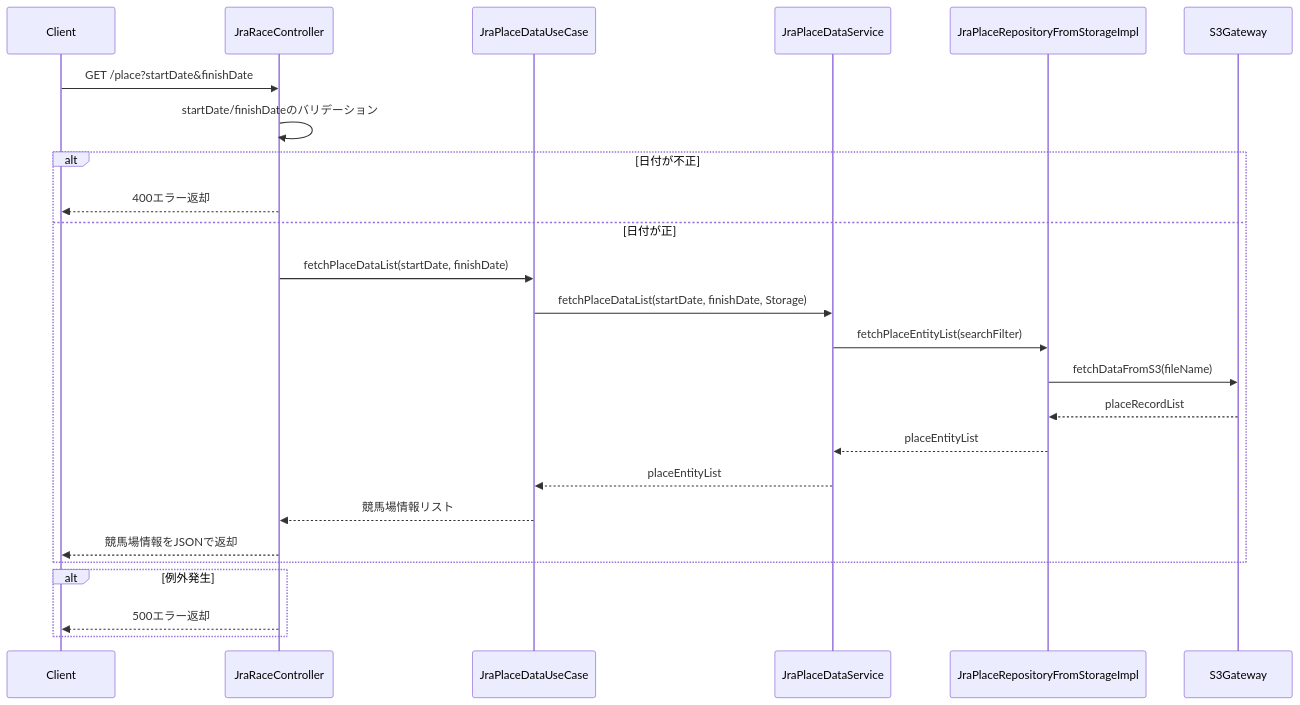
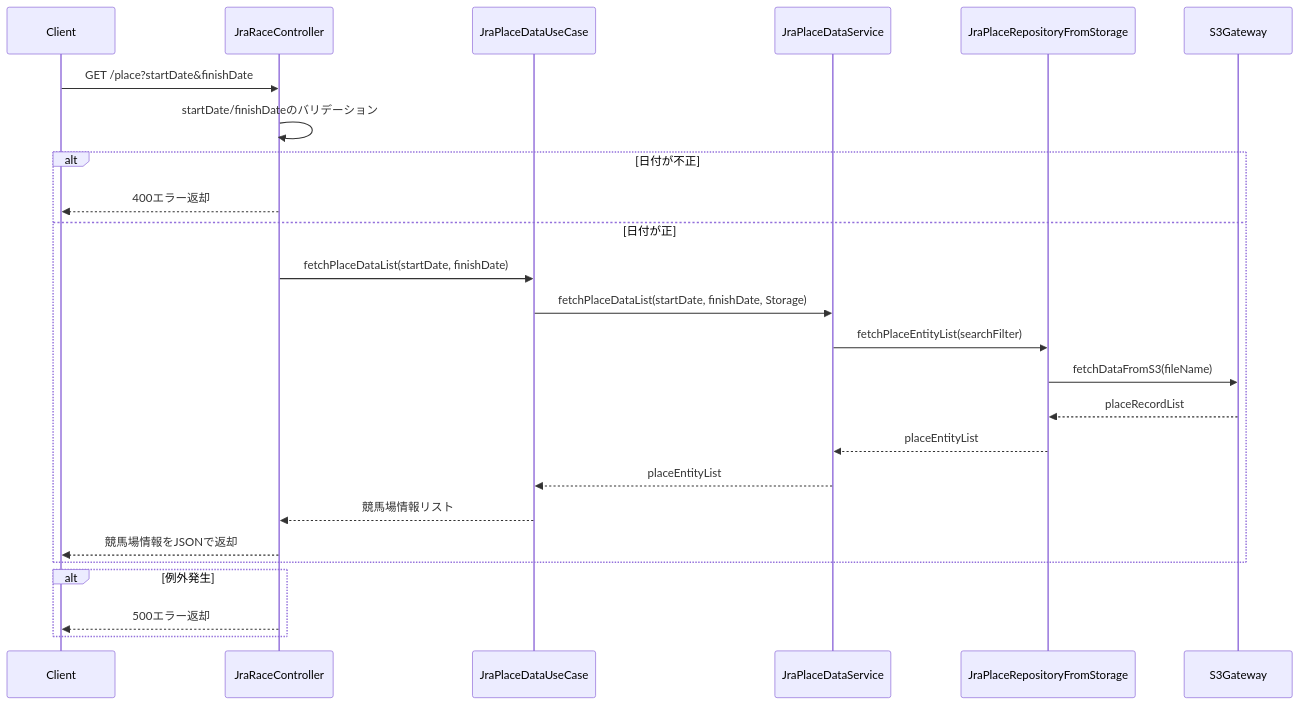
Before and after one commit to taichi6930/race-schedule-api: the diagram in document/detail-design/sequence/jra/getPlaceDataList.md, drawn with Mermaid. The commit also changed 89 other files, not shown here.

````diff
--- a/document/detail-design/sequence/jra/getPlaceDataList.md
+++ b/document/detail-design/sequence/jra/getPlaceDataList.md
@@ -3,28 +3,28 @@
 ```mermaid
 sequenceDiagram
     participant Client
     participant JraRaceController
     participant JraPlaceDataUseCase
     participant JraPlaceDataService
-    participant JraPlaceRepositoryFromStorageImpl
+    participant JraPlaceRepositoryFromStorage
     participant S3Gateway
 
     Client->>JraRaceController: GET /place?startDate&finishDate
     JraRaceController->>JraRaceController: startDate/finishDateのバリデーション
     alt 日付が不正
         JraRaceController-->>Client: 400エラー返却
     else 日付が正
         JraRaceController->>JraPlaceDataUseCase: fetchPlaceDataList(startDate, finishDate)
         JraPlaceDataUseCase->>JraPlaceDataService: fetchPlaceDataList(startDate, finishDate, Storage)
-        JraPlaceDataService->>JraPlaceRepositoryFromStorageImpl: fetchPlaceEntityList(searchFilter)
-        JraPlaceRepositoryFromStorageImpl->>S3Gateway: fetchDataFromS3(fileName)
-        S3Gateway-->>JraPlaceRepositoryFromStorageImpl: placeRecordList
-        JraPlaceRepositoryFromStorageImpl-->>JraPlaceDataService: placeEntityList
+        JraPlaceDataService->>JraPlaceRepositoryFromStorage: fetchPlaceEntityList(searchFilter)
+        JraPlaceRepositoryFromStorage->>S3Gateway: fetchDataFromS3(fileName)
+        S3Gateway-->>JraPlaceRepositoryFromStorage: placeRecordList
+        JraPlaceRepositoryFromStorage-->>JraPlaceDataService: placeEntityList
         JraPlaceDataService-->>JraPlaceDataUseCase: placeEntityList
         JraPlaceDataUseCase-->>JraRaceController: 競馬場情報リスト
         JraRaceController-->>Client: 競馬場情報をJSONで返却
     end
     alt 例外発生
         JraRaceController-->>Client: 500エラー返却
     end
 ```
````
